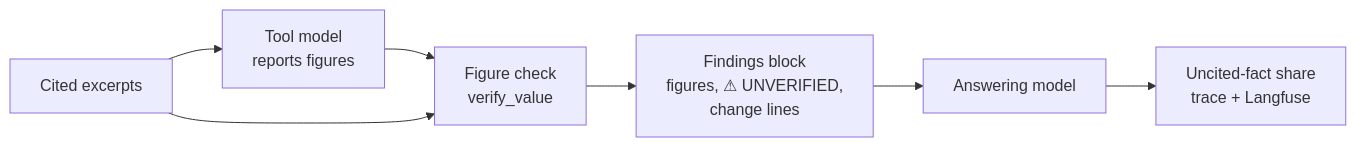
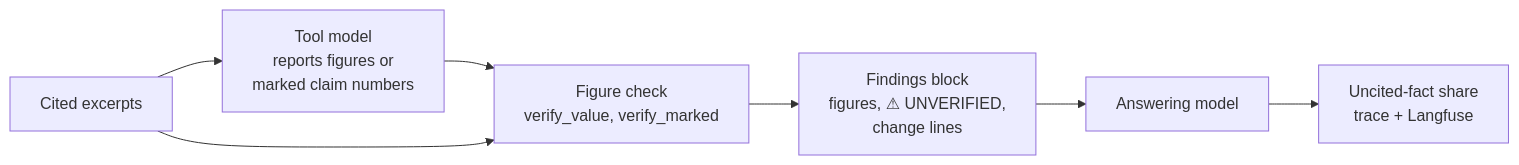
The diagram in docs/prod_docs/number_grounding.md (akimalikhanov/ai_financial_copilot), drawn with Mermaid before and after one commit. The commit also changed other lines of this file and 29 other files, not shown here.

````diff
--- a/docs/prod_docs/number_grounding.md
+++ b/docs/prod_docs/number_grounding.md
@@ -37,9 +38,9 @@
 ```mermaid
 flowchart LR
-    E["Cited excerpts"] --> T["Tool model<br/>reports figures"]
-    T --> C["Figure check<br/>verify_value"]
+    E["Cited excerpts"] --> T["Tool model<br/>reports figures or<br/>marked claim numbers"]
+    T --> C["Figure check<br/>verify_value, verify_marked"]
     E --> C
     C --> B["Findings block<br/>figures, ⚠ UNVERIFIED,<br/>change lines"]
     B --> A["Answering model"]
     A --> S["Uncited-fact share<br/>trace + Langfuse"]
 ```
````
